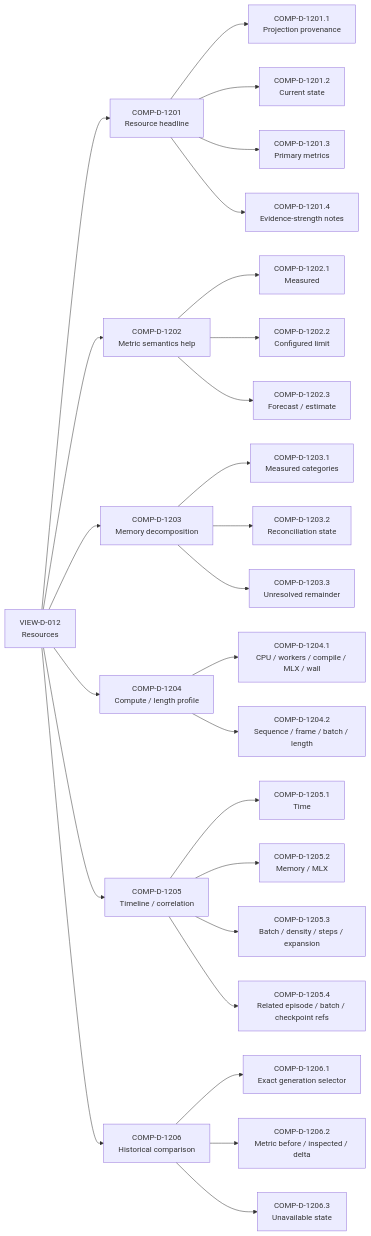
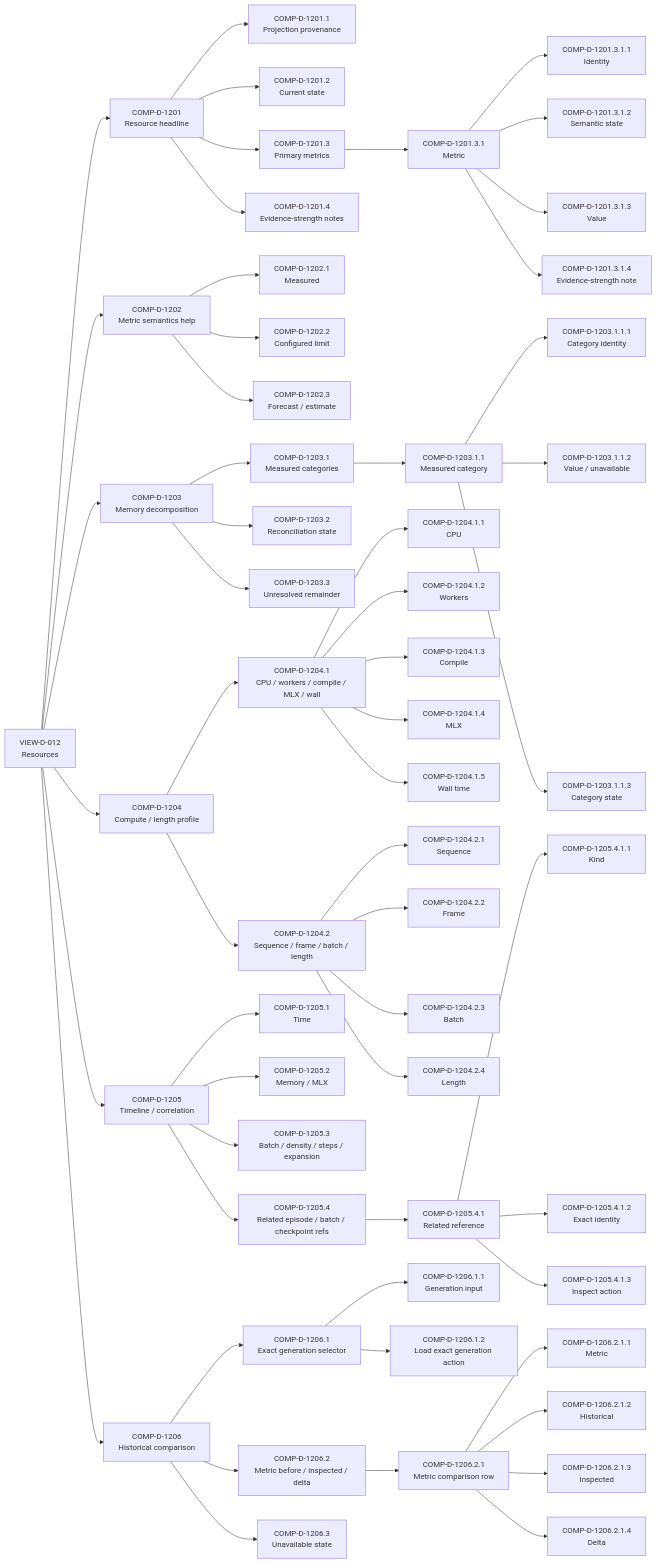
Diagram 13 of 15 in docs/architecture/mission-control-design/INFORMATION_ATLAS.md (Entif-AI/Bilqis), drawn with Mermaid before and after one commit. The commit also changed other lines of this file, not shown here.

````diff
--- a/docs/architecture/mission-control-design/INFORMATION_ATLAS.md
+++ b/docs/architecture/mission-control-design/INFORMATION_ATLAS.md
@@ -1397,29 +1649,58 @@
 ```mermaid
 flowchart LR
   VIEWD012["VIEW-D-012<br/>Resources"]
   VIEWD012 --> COMPD1201["COMP-D-1201<br/>Resource headline"]
   COMPD1201 --> COMPD1201C1["COMP-D-1201.1<br/>Projection provenance"]
   COMPD1201 --> COMPD1201C2["COMP-D-1201.2<br/>Current state"]
   COMPD1201 --> COMPD1201C3["COMP-D-1201.3<br/>Primary metrics"]
+  COMPD1201C3 --> NCOMP_D_1201_3_1["COMP-D-1201.3.1<br/>Metric"]
+  NCOMP_D_1201_3_1 --> NCOMP_D_1201_3_1_1["COMP-D-1201.3.1.1<br/>Identity"]
+  NCOMP_D_1201_3_1 --> NCOMP_D_1201_3_1_2["COMP-D-1201.3.1.2<br/>Semantic state"]
+  NCOMP_D_1201_3_1 --> NCOMP_D_1201_3_1_3["COMP-D-1201.3.1.3<br/>Value"]
+  NCOMP_D_1201_3_1 --> NCOMP_D_1201_3_1_4["COMP-D-1201.3.1.4<br/>Evidence-strength note"]
   COMPD1201 --> COMPD1201C4["COMP-D-1201.4<br/>Evidence-strength notes"]
   VIEWD012 --> COMPD1202["COMP-D-1202<br/>Metric semantics help"]
   COMPD1202 --> COMPD1202C1["COMP-D-1202.1<br/>Measured"]
   COMPD1202 --> COMPD1202C2["COMP-D-1202.2<br/>Configured limit"]
   COMPD1202 --> COMPD1202C3["COMP-D-1202.3<br/>Forecast / estimate"]
   VIEWD012 --> COMPD1203["COMP-D-1203<br/>Memory decomposition"]
   COMPD1203 --> COMPD1203C1["COMP-D-1203.1<br/>Measured categories"]
+  COMPD1203C1 --> NCOMP_D_1203_1_1["COMP-D-1203.1.1<br/>Measured category"]
+  NCOMP_D_1203_1_1 --> NCOMP_D_1203_1_1_1["COMP-D-1203.1.1.1<br/>Category identity"]
+  NCOMP_D_1203_1_1 --> NCOMP_D_1203_1_1_2["COMP-D-1203.1.1.2<br/>Value / unavailable"]
+  NCOMP_D_1203_1_1 --> NCOMP_D_1203_1_1_3["COMP-D-1203.1.1.3<br/>Category state"]
   COMPD1203 --> COMPD1203C2["COMP-D-1203.2<br/>Reconciliation state"]
   COMPD1203 --> COMPD1203C3["COMP-D-1203.3<br/>Unresolved remainder"]
   VIEWD012 --> COMPD1204["COMP-D-1204<br/>Compute / length profile"]
   COMPD1204 --> COMPD1204C1["COMP-D-1204.1<br/>CPU / workers / compile / MLX / wall"]
+  COMPD1204C1 --> NCOMP_D_1204_1_1["COMP-D-1204.1.1<br/>CPU"]
+  COMPD1204C1 --> NCOMP_D_1204_1_2["COMP-D-1204.1.2<br/>Workers"]
+  COMPD1204C1 --> NCOMP_D_1204_1_3["COMP-D-1204.1.3<br/>Compile"]
+  COMPD1204C1 --> NCOMP_D_1204_1_4["COMP-D-1204.1.4<br/>MLX"]
+  COMPD1204C1 --> NCOMP_D_1204_1_5["COMP-D-1204.1.5<br/>Wall time"]
   COMPD1204 --> COMPD1204C2["COMP-D-1204.2<br/>Sequence / frame / batch / length"]
+  COMPD1204C2 --> NCOMP_D_1204_2_1["COMP-D-1204.2.1<br/>Sequence"]
+  COMPD1204C2 --> NCOMP_D_1204_2_2["COMP-D-1204.2.2<br/>Frame"]
+  COMPD1204C2 --> NCOMP_D_1204_2_3["COMP-D-1204.2.3<br/>Batch"]
+  COMPD1204C2 --> NCOMP_D_1204_2_4["COMP-D-1204.2.4<br/>Length"]
   VIEWD012 --> COMPD1205["COMP-D-1205<br/>Timeline / correlation"]
   COMPD1205 --> COMPD1205C1["COMP-D-1205.1<br/>Time"]
   COMPD1205 --> COMPD1205C2["COMP-D-1205.2<br/>Memory / MLX"]
   COMPD1205 --> COMPD1205C3["COMP-D-1205.3<br/>Batch / density / steps / expansion"]
   COMPD1205 --> COMPD1205C4["COMP-D-1205.4<br/>Related episode / batch / checkpoint refs"]
+  COMPD1205C4 --> NCOMP_D_1205_4_1["COMP-D-1205.4.1<br/>Related reference"]
+  NCOMP_D_1205_4_1 --> NCOMP_D_1205_4_1_1["COMP-D-1205.4.1.1<br/>Kind"]
+  NCOMP_D_1205_4_1 --> NCOMP_D_1205_4_1_2["COMP-D-1205.4.1.2<br/>Exact identity"]
+  NCOMP_D_1205_4_1 --> NCOMP_D_1205_4_1_3["COMP-D-1205.4.1.3<br/>Inspect action"]
   VIEWD012 --> COMPD1206["COMP-D-1206<br/>Historical comparison"]
   COMPD1206 --> COMPD1206C1["COMP-D-1206.1<br/>Exact generation selector"]
+  COMPD1206C1 --> NCOMP_D_1206_1_1["COMP-D-1206.1.1<br/>Generation input"]
+  COMPD1206C1 --> NCOMP_D_1206_1_2["COMP-D-1206.1.2<br/>Load exact generation action"]
   COMPD1206 --> COMPD1206C2["COMP-D-1206.2<br/>Metric before / inspected / delta"]
+  COMPD1206C2 --> NCOMP_D_1206_2_1["COMP-D-1206.2.1<br/>Metric comparison row"]
+  NCOMP_D_1206_2_1 --> NCOMP_D_1206_2_1_1["COMP-D-1206.2.1.1<br/>Metric"]
+  NCOMP_D_1206_2_1 --> NCOMP_D_1206_2_1_2["COMP-D-1206.2.1.2<br/>Historical"]
+  NCOMP_D_1206_2_1 --> NCOMP_D_1206_2_1_3["COMP-D-1206.2.1.3<br/>Inspected"]
+  NCOMP_D_1206_2_1 --> NCOMP_D_1206_2_1_4["COMP-D-1206.2.1.4<br/>Delta"]
   COMPD1206 --> COMPD1206C3["COMP-D-1206.3<br/>Unavailable state"]
 ```
````
